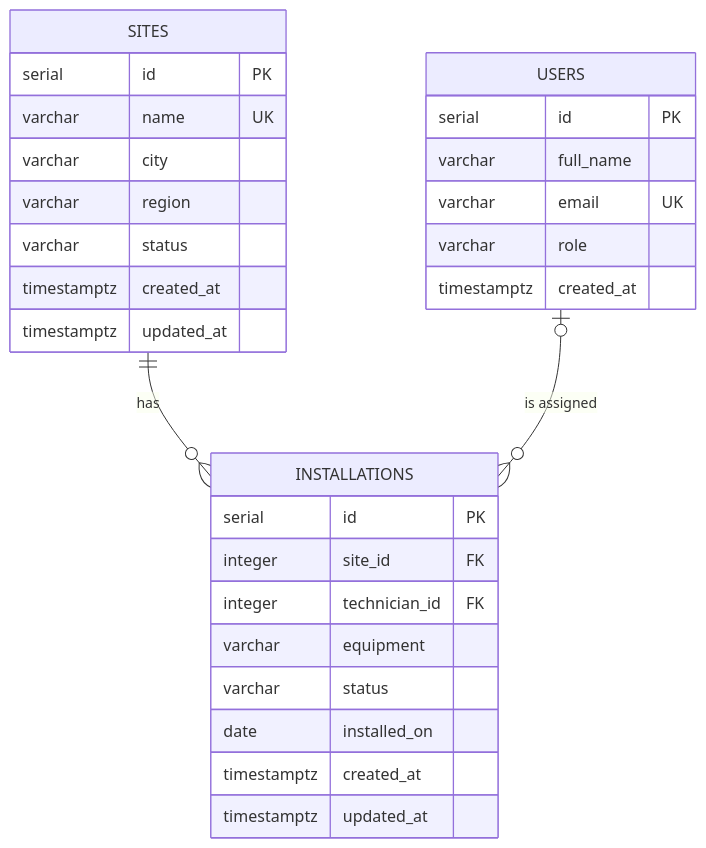
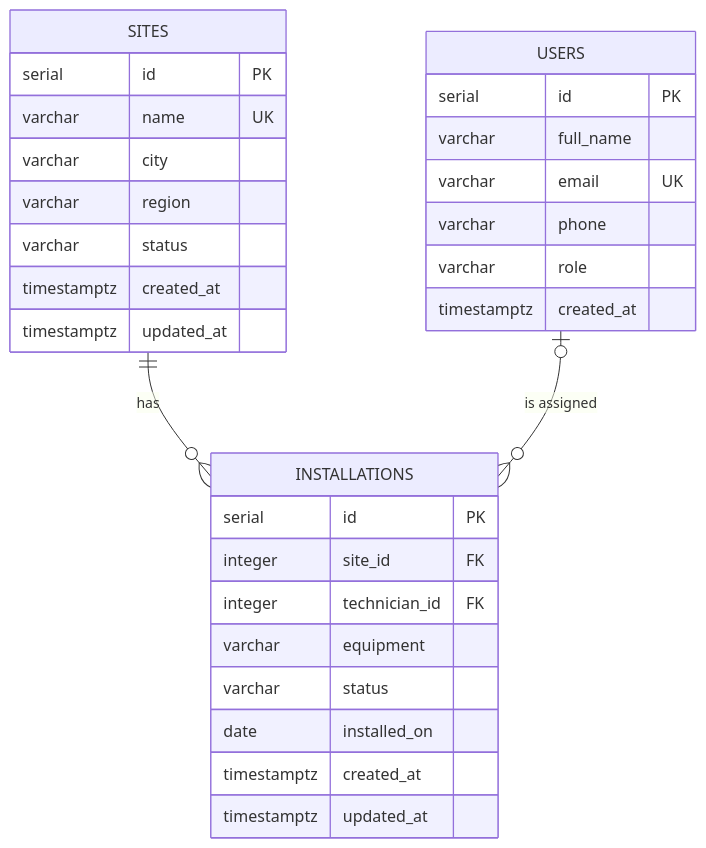
One commit to FlemingJohn/site-operation-dashboard changed the third of 3 diagrams in README.md. Above: the diagram before and after it, drawn with Mermaid. The commit also changed other lines of this file, not shown here.

````diff
--- a/README.md
+++ b/README.md
@@ -360,34 +363,35 @@
 ```mermaid
 erDiagram
     SITES ||--o{ INSTALLATIONS : "has"
     USERS |o--o{ INSTALLATIONS : "is assigned"
 
     SITES {
         serial id PK
         varchar name UK
         varchar city
         varchar region
         varchar status
         timestamptz created_at
         timestamptz updated_at
     }
 
     INSTALLATIONS {
         serial id PK
         integer site_id FK
         integer technician_id FK
         varchar equipment
         varchar status
         date installed_on
         timestamptz created_at
         timestamptz updated_at
     }
 
     USERS {
         serial id PK
         varchar full_name
         varchar email UK
+        varchar phone
         varchar role
         timestamptz created_at
     }
 ```
````
